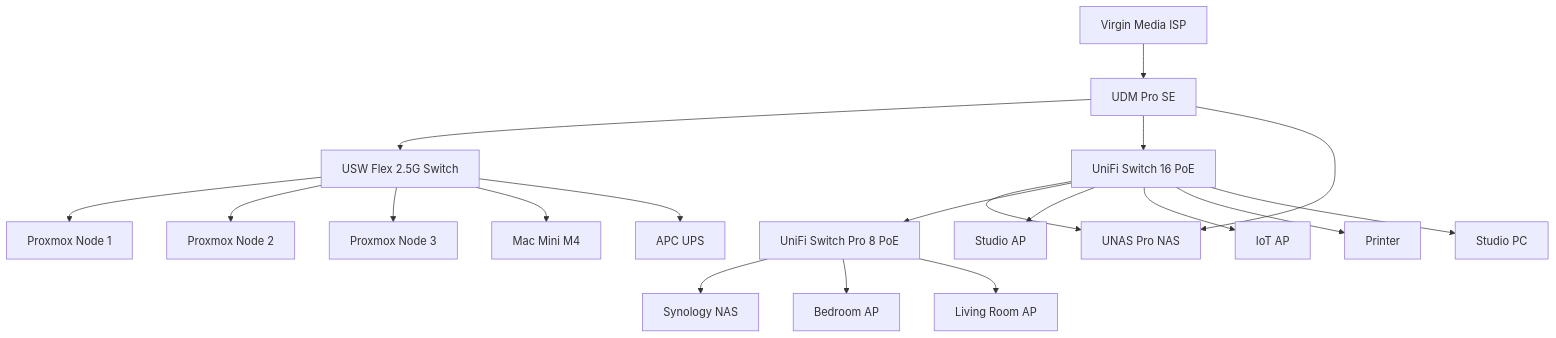
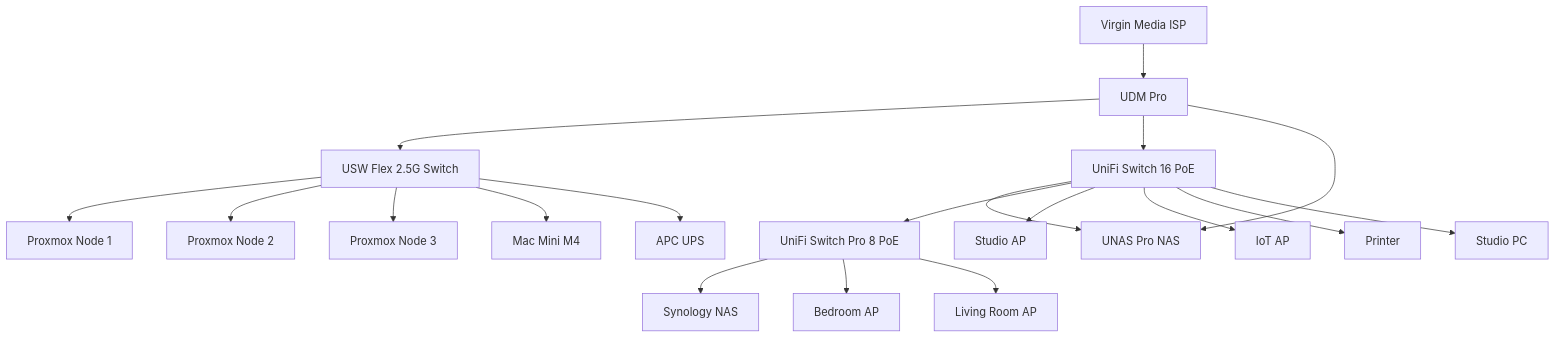
Before and after one commit to tazmattar/homelab: the diagram in topology.md, drawn with Mermaid.

````diff
--- a/topology.md
+++ b/topology.md
@@ -1,40 +1,40 @@
 ```mermaid
 graph TD
     ISP[Virgin Media ISP]
-    UDM[UDM Pro SE]
+    UDM[UDM Pro]
     FLEX[USW Flex 2.5G Switch]
     S16[UniFi Switch 16 PoE]
     S8[UniFi Switch Pro 8 PoE]
     UNAS[UNAS Pro NAS]
     MAC[Mac Mini M4]
     P1[Proxmox Node 1]
     P2[Proxmox Node 2]
     P3[Proxmox Node 3]
     UPS[APC UPS]
     SYNO[Synology NAS]
     AP1[Bedroom AP]
     AP2[Living Room AP]
     AP3[Studio AP]
     AP4[IoT AP]
     PRN[Printer]
     PC[Studio PC]
 
     ISP --> UDM
     UDM --> FLEX
     UDM --> S16
     UDM --> UNAS
     FLEX --> P1
     FLEX --> P2
     FLEX --> P3
     FLEX --> MAC
     FLEX --> UPS
     S16 --> UNAS
     S16 --> S8
     S8 --> SYNO
     S8 --> AP1
     S8 --> AP2
     S16 --> AP3
     S16 --> AP4
     S16 --> PRN
     S16 --> PC
 ```
````
